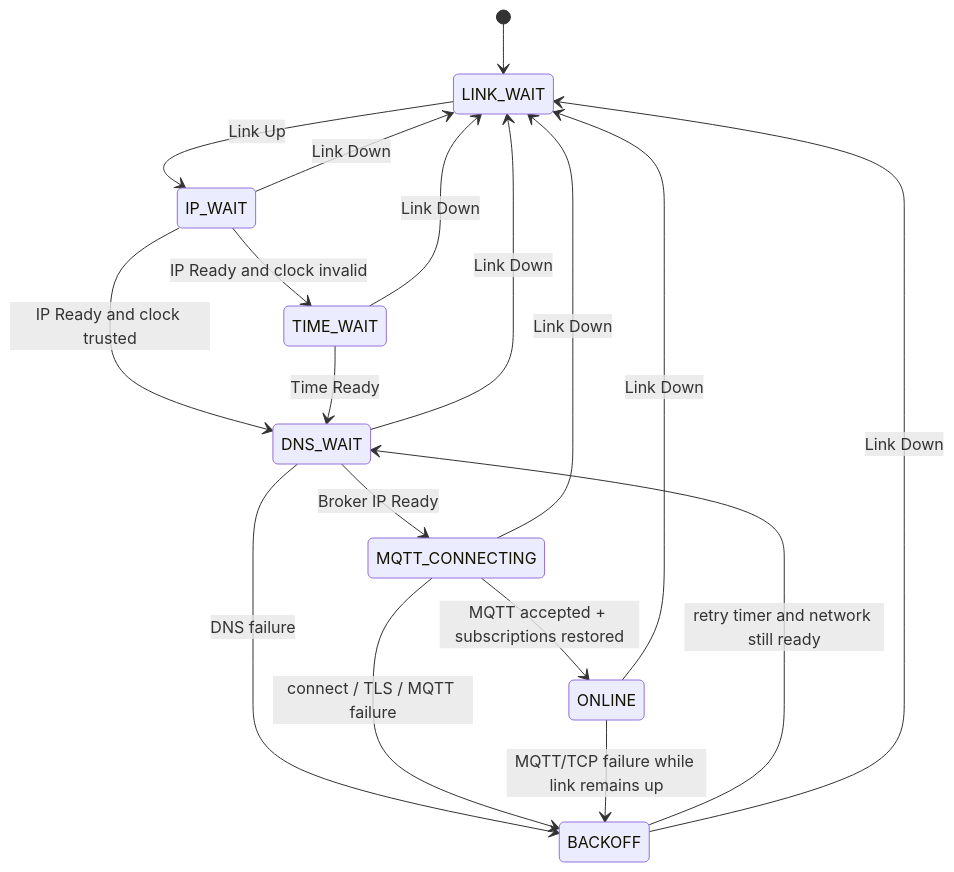
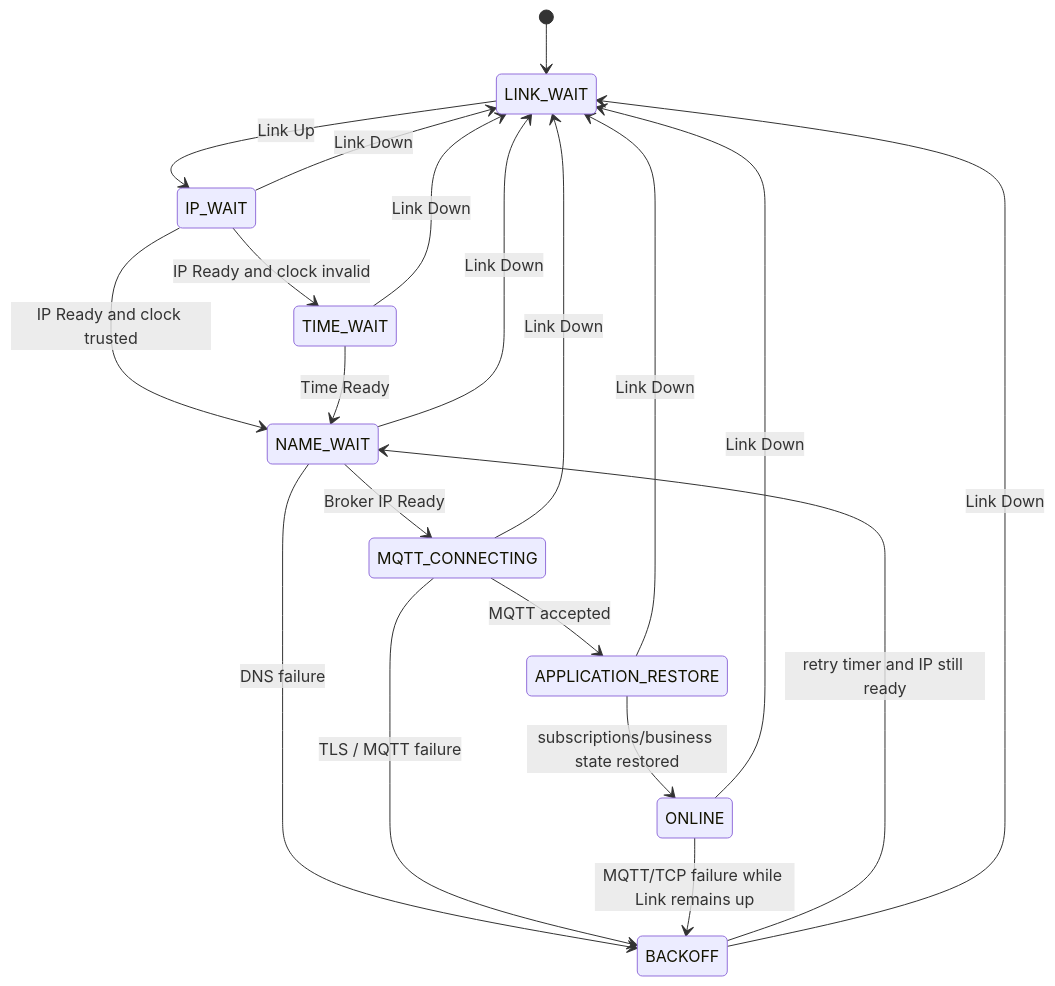
One commit to wdfk-prog/lwIP-Source-Lab changed the fourth of 6 diagrams in docs/45-mcu-cloud-lifecycle.md. Above: the diagram before and after it, drawn with Mermaid. The commit also changed other lines of this file and 49 other files, not shown here.

````diff
--- a/docs/45-mcu-cloud-lifecycle.md
+++ b/docs/45-mcu-cloud-lifecycle.md
@@ -270,20 +153,22 @@
 ```mermaid
 stateDiagram-v2
     [*] --> LINK_WAIT
     LINK_WAIT --> IP_WAIT: Link Up
     IP_WAIT --> TIME_WAIT: IP Ready and clock invalid
-    IP_WAIT --> DNS_WAIT: IP Ready and clock trusted
+    IP_WAIT --> NAME_WAIT: IP Ready and clock trusted
     IP_WAIT --> LINK_WAIT: Link Down
-    TIME_WAIT --> DNS_WAIT: Time Ready
+    TIME_WAIT --> NAME_WAIT: Time Ready
     TIME_WAIT --> LINK_WAIT: Link Down
-    DNS_WAIT --> MQTT_CONNECTING: Broker IP Ready
-    DNS_WAIT --> BACKOFF: DNS failure
-    DNS_WAIT --> LINK_WAIT: Link Down
-    MQTT_CONNECTING --> ONLINE: MQTT accepted + subscriptions restored
-    MQTT_CONNECTING --> BACKOFF: connect / TLS / MQTT failure
+    NAME_WAIT --> MQTT_CONNECTING: Broker IP Ready
+    NAME_WAIT --> BACKOFF: DNS failure
+    NAME_WAIT --> LINK_WAIT: Link Down
+    MQTT_CONNECTING --> APPLICATION_RESTORE: MQTT accepted
+    MQTT_CONNECTING --> BACKOFF: TLS / MQTT failure
     MQTT_CONNECTING --> LINK_WAIT: Link Down
+    APPLICATION_RESTORE --> ONLINE: subscriptions/business state restored
+    APPLICATION_RESTORE --> LINK_WAIT: Link Down
     ONLINE --> LINK_WAIT: Link Down
-    ONLINE --> BACKOFF: MQTT/TCP failure while link remains up
-    BACKOFF --> DNS_WAIT: retry timer and network still ready
+    ONLINE --> BACKOFF: MQTT/TCP failure while Link remains up
+    BACKOFF --> NAME_WAIT: retry timer and IP still ready
     BACKOFF --> LINK_WAIT: Link Down
 ```
````
